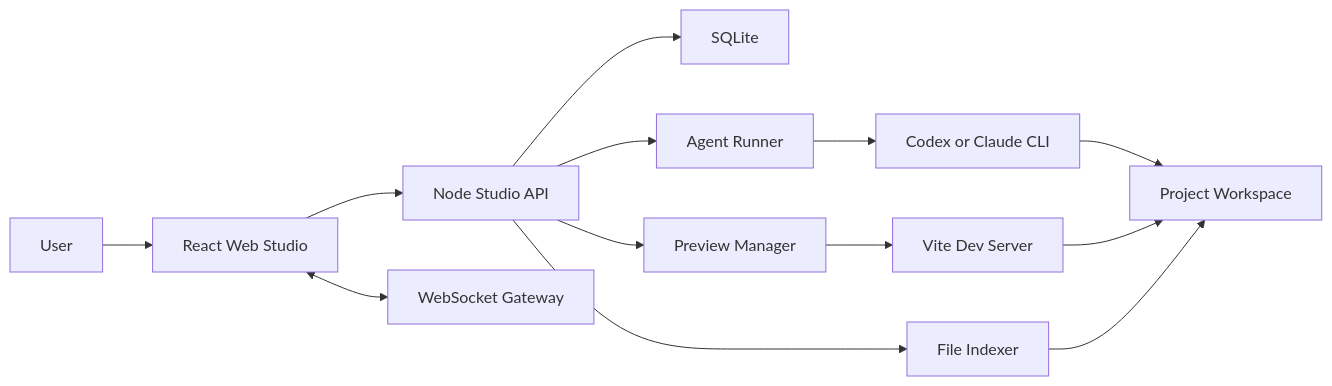
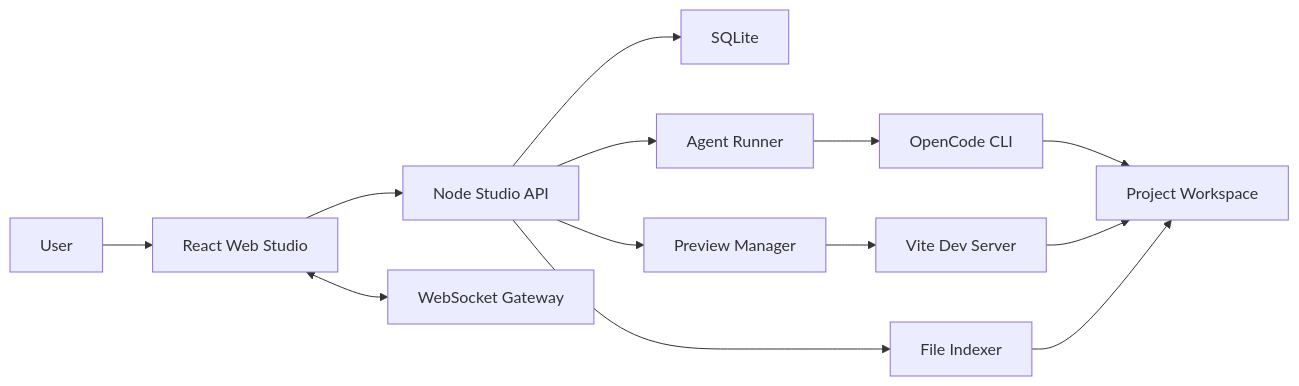
The diagram in docs/superpowers/specs/2026-06-21-ai-app-generator-mvp-design.md (chennQwQ/ai-app-generator-mvp), drawn with Mermaid before and after one commit. The commit also changed other lines of this file, not shown here.

Commit message:
docs: target opencode agent integration

````diff
--- a/docs/superpowers/specs/2026-06-21-ai-app-generator-mvp-design.md
+++ b/docs/superpowers/specs/2026-06-21-ai-app-generator-mvp-design.md
@@ -50,15 +50,15 @@
 ```mermaid
 flowchart LR
   User["User"] --> Studio["React Web Studio"]
   Studio --> API["Node Studio API"]
   Studio <--> WS["WebSocket Gateway"]
   API --> DB["SQLite"]
   API --> Runner["Agent Runner"]
-  Runner --> Agent["Codex or Claude CLI"]
+  Runner --> Agent["OpenCode CLI"]
   Agent --> Workspace["Project Workspace"]
   API --> Preview["Preview Manager"]
   Preview --> DevServer["Vite Dev Server"]
   DevServer --> Workspace
   API --> Files["File Indexer"]
   Files --> Workspace
 ```
````
